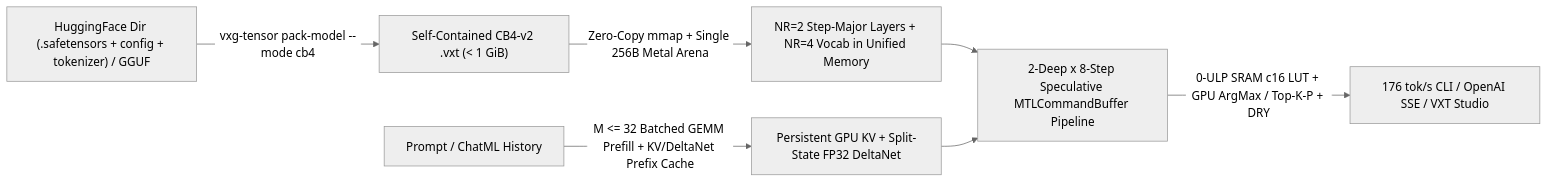
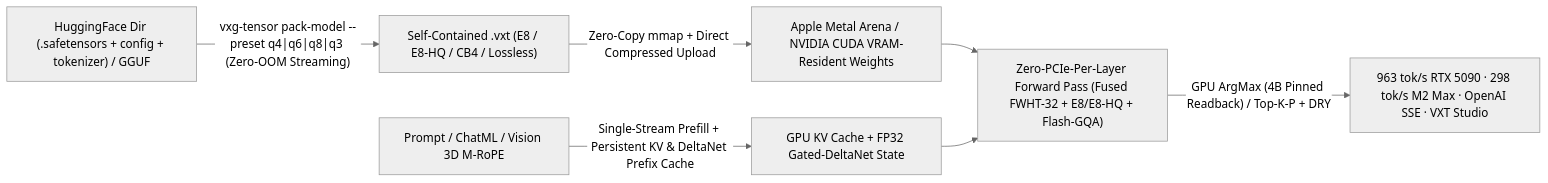
The diagram in docs/TENSOR.md (meftunca/vxg), drawn with Mermaid (neutral theme) before and after one commit. The commit also changed other lines of this file and 14 other files, not shown here.

Commit message:
docs & vxt-studio: production-grade upgrade for VXT-Turbo E8/E8-HQ, CUDA Resident (963 tok/s), streaming presets, MoE & Prometheus

````diff
--- a/docs/TENSOR.md
+++ b/docs/TENSOR.md
@@ -33,9 +38,9 @@
 ```mermaid
 flowchart LR
-    SRC["HuggingFace Dir (.safetensors + config + tokenizer) / GGUF"] -->|"vxg-tensor pack-model --mode cb4"| VXT["Self-Contained CB4-v2 .vxt (< 1 GiB)"]
-    VXT -->|"Zero-Copy mmap + Single 256B Metal Arena"| GPU["NR=2 Step-Major Layers + NR=4 Vocab in Unified Memory"]
-    PROMPT["Prompt / ChatML History"] -->|"M <= 32 Batched GEMM Prefill + KV/DeltaNet Prefix Cache"| STATE["Persistent GPU KV + Split-State FP32 DeltaNet"]
-    GPU --> PIPE["2-Deep x 8-Step Speculative MTLCommandBuffer Pipeline"]
+    SRC["HuggingFace Dir (.safetensors + config + tokenizer) / GGUF"] -->|"vxg-tensor pack-model --preset q4|q6|q8|q3 (Zero-OOM Streaming)"| VXT["Self-Contained .vxt (E8 / E8-HQ / CB4 / Lossless)"]
+    VXT -->|"Zero-Copy mmap + Direct Compressed Upload"| GPU["Apple Metal Arena / NVIDIA CUDA VRAM-Resident Weights"]
+    PROMPT["Prompt / ChatML / Vision 3D M-RoPE"] -->|"Single-Stream Prefill + Persistent KV & DeltaNet Prefix Cache"| STATE["GPU KV Cache + FP32 Gated-DeltaNet State"]
+    GPU --> PIPE["Zero-PCIe-Per-Layer Forward Pass (Fused FWHT-32 + E8/E8-HQ + Flash-GQA)"]
     STATE --> PIPE
-    PIPE -->|"0-ULP SRAM c16 LUT + GPU ArgMax / Top-K-P + DRY"| STREAM["176 tok/s CLI / OpenAI SSE / VXT Studio"]
+    PIPE -->|"GPU ArgMax (4B Pinned Readback) / Top-K-P + DRY"| STREAM["963 tok/s RTX 5090 · 298 tok/s M2 Max · OpenAI SSE · VXT Studio"]
 ```
````
